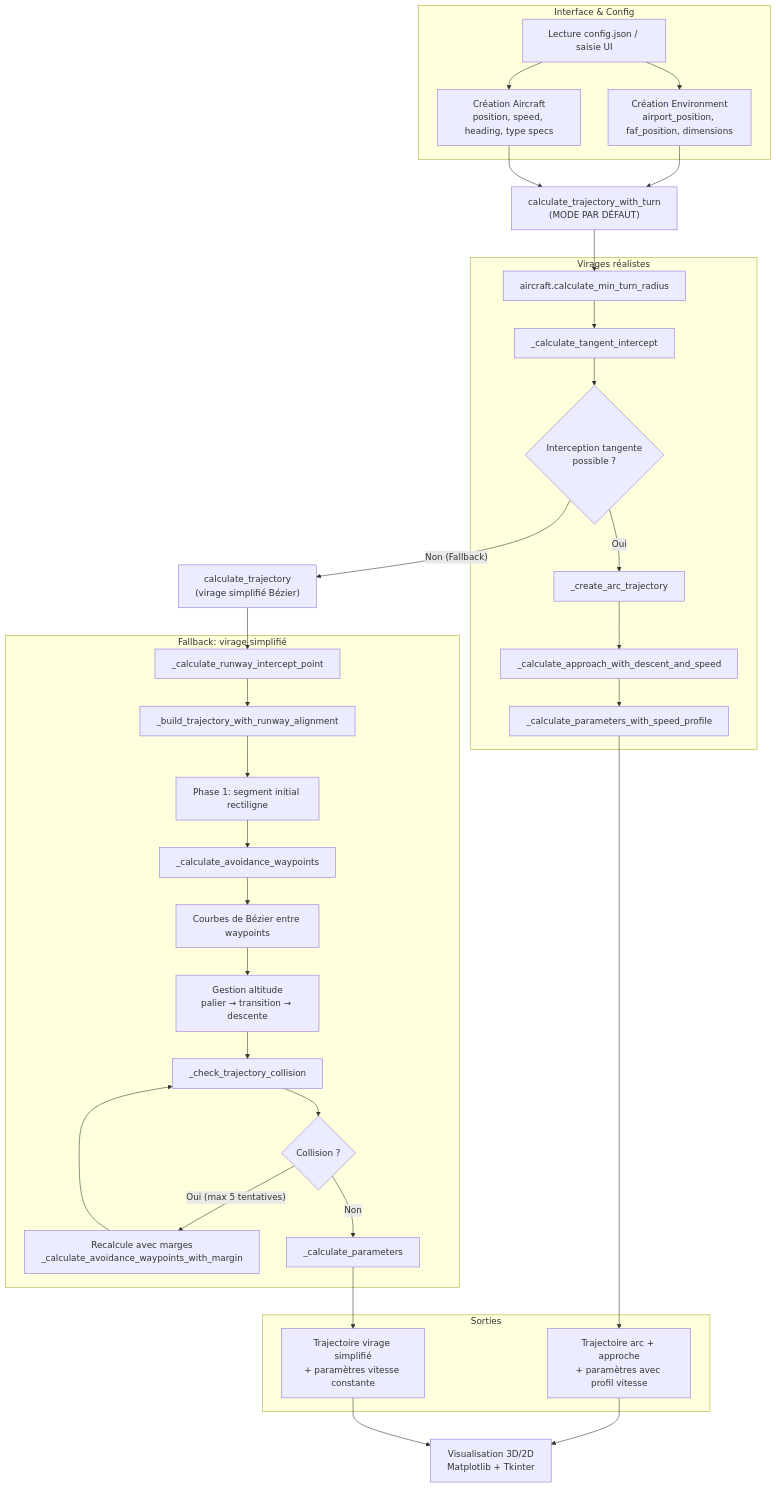
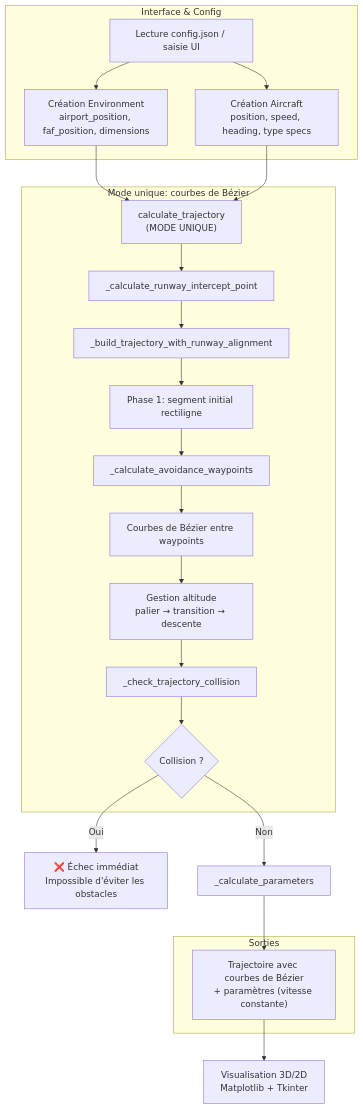
The diagram in logique_trajectoire.md (ThomasPontier/Trajectoire_Avion_V2), drawn with Mermaid before and after one commit. The commit also changed other lines of this file and 4 other files, not shown here.

````diff
--- a/logique_trajectoire.md
+++ b/logique_trajectoire.md
@@ -261,56 +185,40 @@
 ```mermaid
 flowchart TD
    %% Entrées & objets
    subgraph UI["Interface & Config"]
       A["Lecture config.json / saisie UI"]
       B["Création Environment<br/>airport_position, faf_position, dimensions"]
       C["Création Aircraft<br/>position, speed, heading, type specs"]
    end
 
    A --> B
    A --> C
 
-   %% Appel direct du mode par défaut
-   B --> R0
-   C --> R0
+   %% Mode unique avec Bézier
+   B --> S0
+   C --> S0
 
-   %% Mode virages réalistes (PAR DÉFAUT - toujours activé)
-   R0["calculate_trajectory_with_turn<br/>(MODE PAR DÉFAUT)"]
-   subgraph Realistic["Virages réalistes"]
-      R1["aircraft.calculate_min_turn_radius"]
-      R2["_calculate_tangent_intercept"]
-      R3{"Interception tangente<br/>possible ?"}
-      R4["_create_arc_trajectory"]
-      R5["_calculate_approach_with_descent_and_speed"]
-      R6["_calculate_parameters_with_speed_profile"]
-   end
-   R0 --> R1 --> R2 --> R3
-   R3 --"Oui"--> R4 --> R5 --> R6 --> OUT2
-   R3 --"Non (Fallback)"--> S0["calculate_trajectory<br/>(virage simplifié Bézier)"]
-
-   %% Branche fallback (alignement axe piste)
-   subgraph Standard["Fallback: virage simplifié"]
+   %% Branche unique (courbes de Bézier)
+   subgraph Standard["Mode unique: courbes de Bézier"]
+      S0["calculate_trajectory<br/>(MODE UNIQUE)"]
       S1["_calculate_runway_intercept_point"]
       S2["_build_trajectory_with_runway_alignment"]
       S2a["Phase 1: segment initial rectiligne"]
       S2b["_calculate_avoidance_waypoints"]
       S2c["Courbes de Bézier entre waypoints"]
       S2d["Gestion altitude<br/>palier → transition → descente"]
       S2e["_check_trajectory_collision"]
       S2f{"Collision ?"}
-      S2g["Recalcule avec marges<br/>_calculate_avoidance_waypoints_with_margin"]
-      S3["_calculate_parameters"]
    end
    S0 --> S1 --> S2 --> S2a --> S2b --> S2c --> S2d --> S2e --> S2f
-   S2f --"Oui (max 5 tentatives)"--> S2g --> S2e
-   S2f --"Non"--> S3 --> OUT3
+   S2f --"Oui"--> FAIL["❌ Échec immédiat<br/>Impossible d'éviter les obstacles"]
+   S2f --"Non"--> S3["_calculate_parameters"]
+   S3 --> OUT3
 
-   %% Sorties communes
+   %% Sorties
    subgraph OUT["Sorties"]
-      OUT2["Trajectoire arc + approche<br/>+ paramètres avec profil vitesse"]
-      OUT3["Trajectoire virage simplifié<br/>+ paramètres vitesse constante"]
+      OUT3["Trajectoire avec courbes de Bézier<br/>+ paramètres (vitesse constante)"]
    end
 
-   OUT2 --> VIZ["Visualisation 3D/2D<br/>Matplotlib + Tkinter"]
-   OUT3 --> VIZ
+   OUT3 --> VIZ["Visualisation 3D/2D<br/>Matplotlib + Tkinter"]
 ```
````
